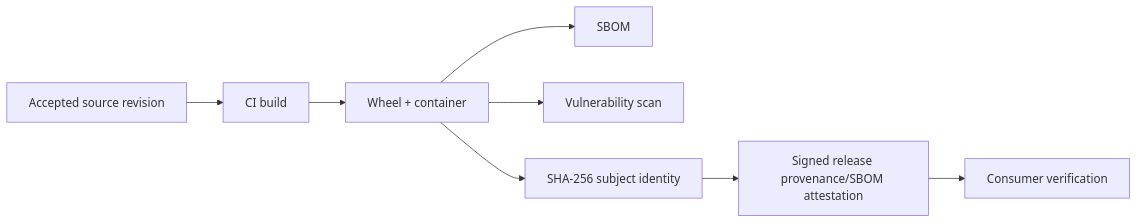
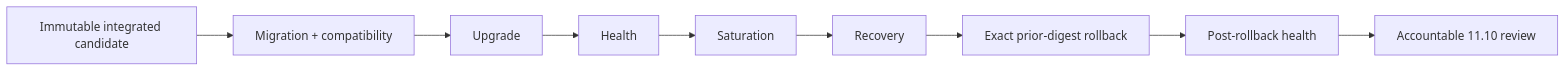
One commit to GJvManen/dtmo changed the second of 3 diagrams in README.md. Above: the diagram before and after it, drawn with Mermaid. The commit also changed other lines of this file, not shown here.

````diff
--- a/README.md
+++ b/README.md
@@ -62,10 +80,11 @@
 ```mermaid
 flowchart LR
-    S[Accepted source revision] --> B[CI build]
-    B --> A[Wheel + container]
-    A --> SB[SBOM]
-    A --> V[Vulnerability scan]
-    A --> H[SHA-256 subject identity]
-    H --> P[Signed release provenance/SBOM attestation]
-    P --> X[Consumer verification]
+    I[Immutable integrated candidate] --> M[Migration + compatibility]
+    M --> U[Upgrade]
+    U --> H[Health]
+    H --> S[Saturation]
+    S --> R[Recovery]
+    R --> B[Exact prior-digest rollback]
+    B --> V[Post-rollback health]
+    V --> A[Accountable 11.10 review]
 ```
````
